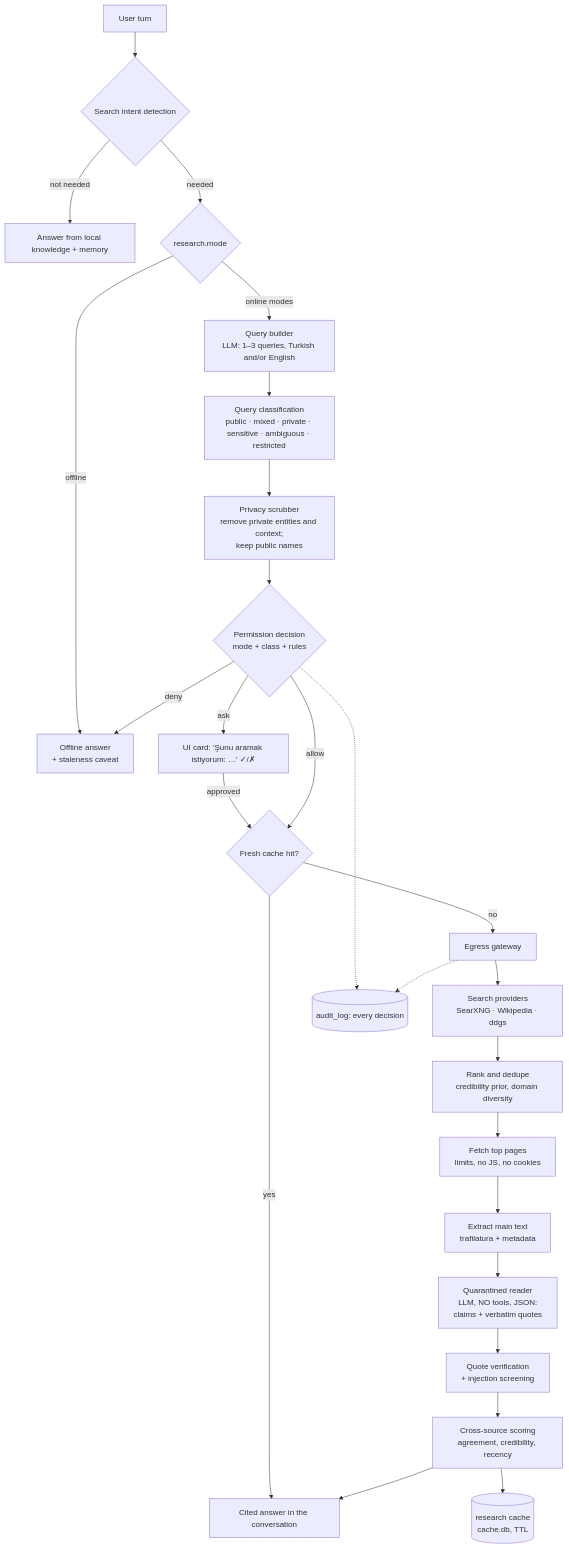
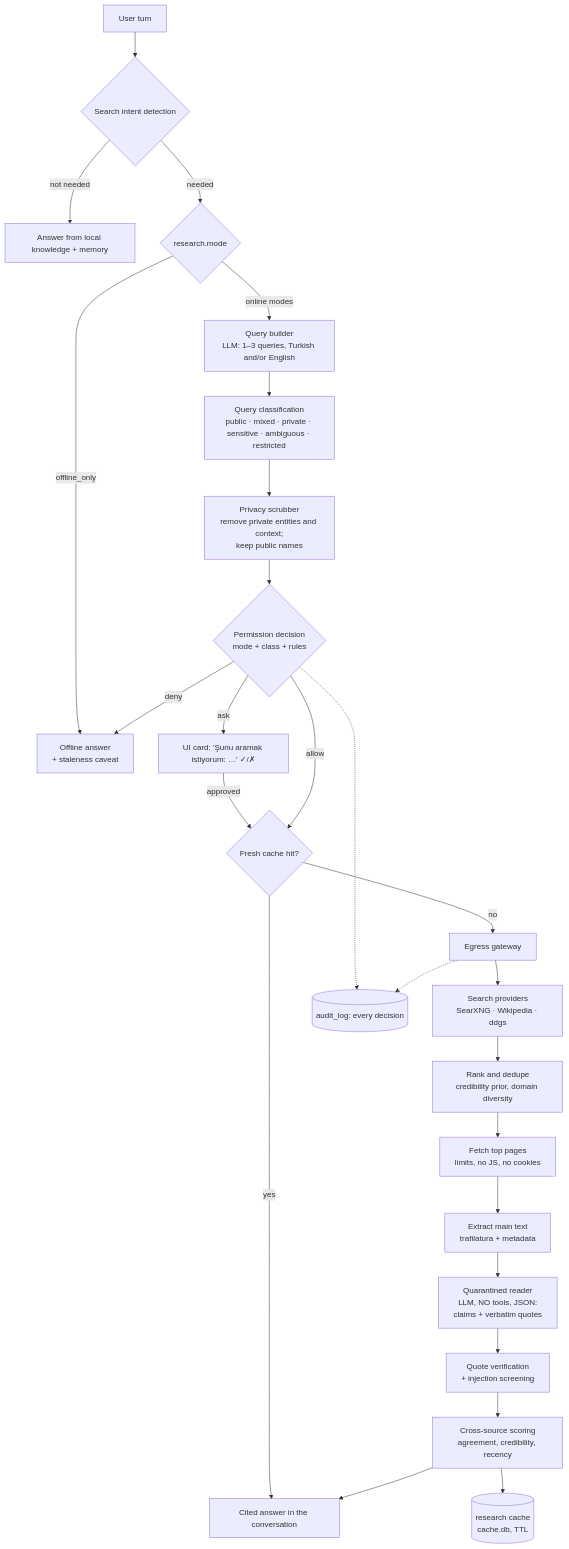
One commit to gokturkdogan/Lazis changed the diagram in docs/RESEARCH_ARCHITECTURE.md. Above: the diagram before and after it, drawn with Mermaid. The commit also changed other lines of this file and 141 other files, not shown here.

````diff
--- a/docs/RESEARCH_ARCHITECTURE.md
+++ b/docs/RESEARCH_ARCHITECTURE.md
@@ -64,28 +66,28 @@
 ```mermaid
 flowchart TD
     T[User turn] --> ND{Search intent detection}
     ND -- not needed --> LOCAL[Answer from local knowledge + memory]
     ND -- needed --> MODE{research.mode}
-    MODE -- offline --> OFF[Offline answer<br/>+ staleness caveat]
+    MODE -- offline_only --> OFF[Offline answer<br/>+ staleness caveat]
     MODE -- online modes --> QB[Query builder<br/>LLM: 1–3 queries, Turkish and/or English]
     QB --> QC[Query classification<br/>public · mixed · private · sensitive · ambiguous · restricted]
     QC --> SCR[Privacy scrubber<br/>remove private entities and context;<br/>keep public names]
     SCR --> PD{Permission decision<br/>mode + class + rules}
     PD -- deny --> OFF
     PD -- ask --> UI[UI card: 'Şunu aramak istiyorum: …' ✓/✗]
     UI -- approved --> CACHE
     PD -- allow --> CACHE{Fresh cache hit?}
     CACHE -- yes --> SYN
     CACHE -- no --> EG[Egress gateway]
     EG --> SP[Search providers<br/>SearXNG · Wikipedia · ddgs]
     SP --> RANK[Rank and dedupe<br/>credibility prior, domain diversity]
     RANK --> FE[Fetch top pages<br/>limits, no JS, no cookies]
     FE --> EX[Extract main text<br/>trafilatura + metadata]
     EX --> QZ[Quarantined reader<br/>LLM, NO tools, JSON:<br/>claims + verbatim quotes]
     QZ --> VQ[Quote verification<br/>+ injection screening]
     VQ --> XV[Cross-source scoring<br/>agreement, credibility, recency]
     XV --> STORE[(research cache<br/>cache.db, TTL)]
     XV --> SYN[Cited answer in the conversation]
     PD -.-> AUD[(audit_log: every decision)]
     EG -.-> AUD
 ```
````
